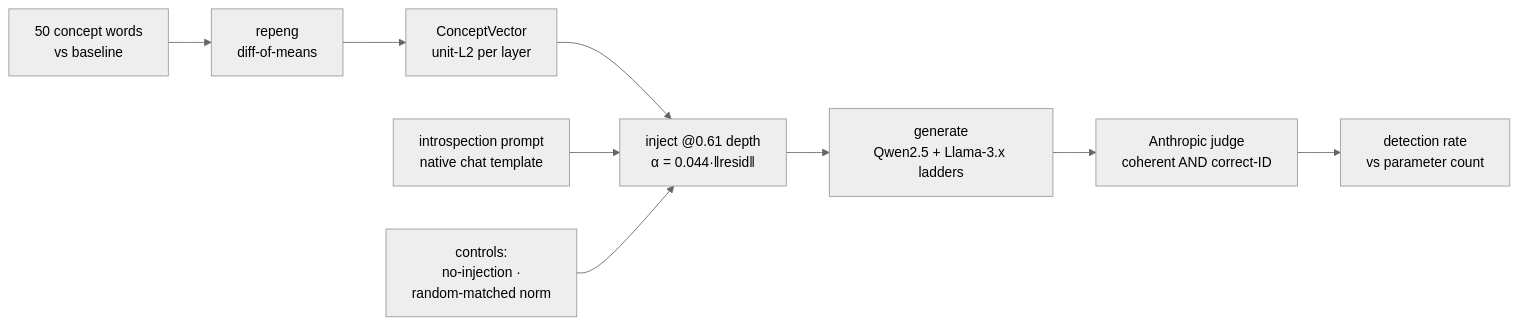
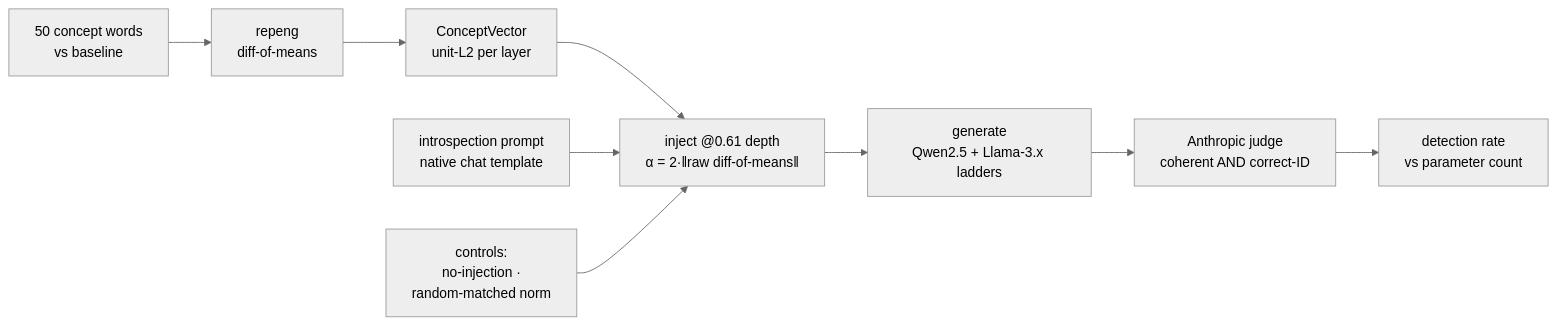
Before and after one commit to bamdadd/introspection-scaling: the diagram in README.md, drawn with Mermaid (neutral theme). The commit also changed other lines of this file, not shown here.

First line of the commit message:
docs: correct stale α = 0.044·‖resid‖ dose refs in the README body (#45)

````diff
--- a/README.md
+++ b/README.md
@@ -69,8 +69,8 @@
 ```mermaid
 flowchart LR
   W["50 concept words<br/>vs baseline"] --> E["repeng<br/>diff-of-means"] --> CV["ConceptVector<br/>unit-L2 per layer"]
-  CV --> INJ["inject @0.61 depth<br/>α = 0.044·‖resid‖"]
+  CV --> INJ["inject @0.61 depth<br/>α = 2·‖raw diff-of-means‖"]
   P["introspection prompt<br/>native chat template"] --> INJ
   INJ --> GEN["generate<br/>Qwen2.5 + Llama-3.x ladders"] --> J["Anthropic judge<br/>coherent AND correct-ID"] --> R["detection rate<br/>vs parameter count"]
   CTRL["controls:<br/>no-injection ·<br/>random-matched norm"] --> INJ
 ```
````
